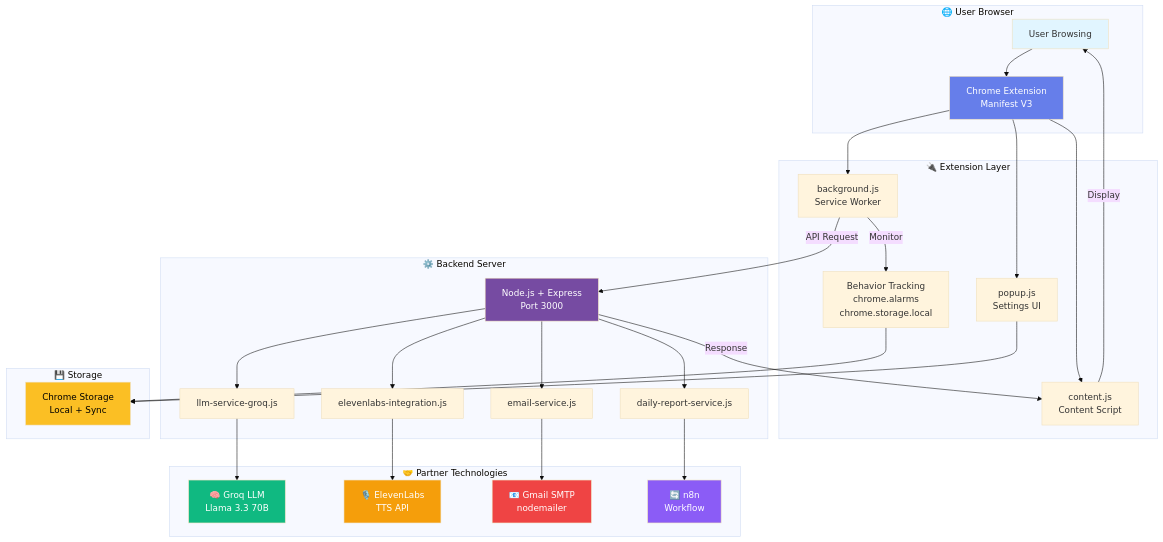
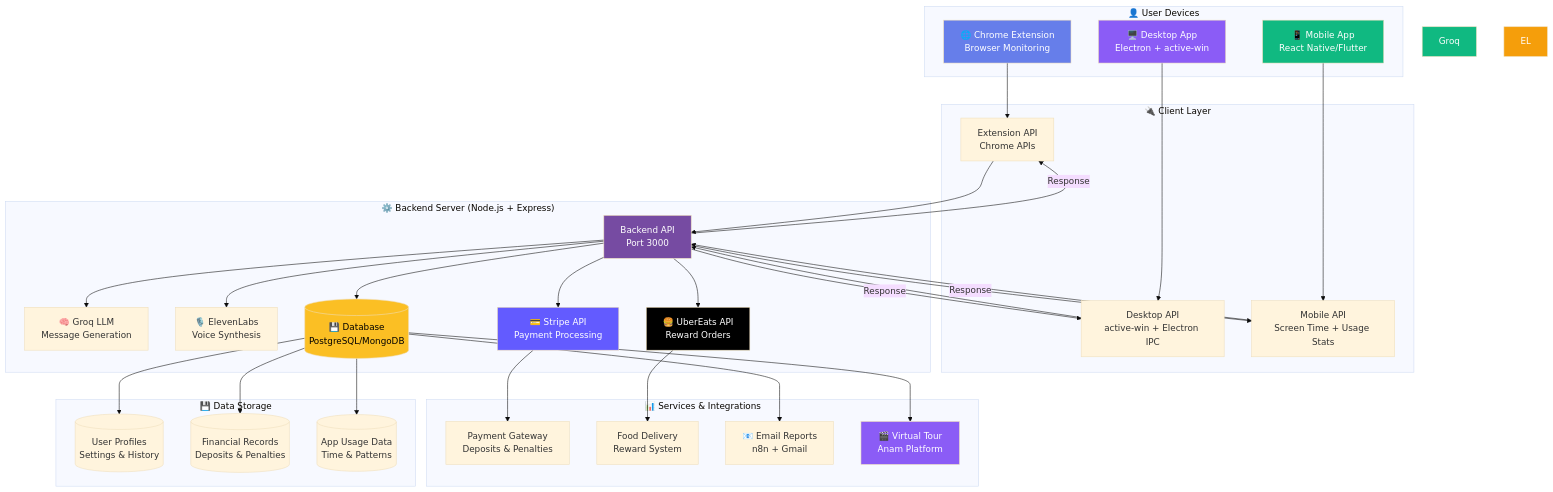
One commit to Jessi0803/Bad_Habit_Breaker changed the first of 2 diagrams in README.md. Above: the diagram before and after it, drawn with Mermaid (base theme). The commit also changed other lines of this file and 1 other file, not shown here.

First line of the commit message:
🏗️ Add extended architecture diagrams

````diff
--- a/README.md
+++ b/README.md
@@ -365,45 +395,54 @@
 ```mermaid
 graph TB
-    subgraph "🌐 User Browser"
-        User[User Browsing] --> Ext[Chrome Extension<br/>Manifest V3]
+    subgraph "👤 User Devices"
+        CE[🌐 Chrome Extension<br/>Browser Monitoring]
+        DA[🖥️ Desktop App<br/>Electron + active-win]
+        MA[📱 Mobile App<br/>React Native/Flutter]
     end
     
-    subgraph "🔌 Extension Layer"
-        Ext --> BG[background.js<br/>Service Worker]
-        Ext --> CS[content.js<br/>Content Script]
-        Ext --> POP[popup.js<br/>Settings UI]
-        BG -->|Monitor| Track[Behavior Tracking<br/>chrome.alarms<br/>chrome.storage.local]
+    subgraph "🔌 Client Layer"
+        CE --> API1[Extension API<br/>Chrome APIs]
+        DA --> API2[Desktop API<br/>active-win + Electron IPC]
+        MA --> API3[Mobile API<br/>Screen Time + Usage Stats]
     end
     
-    subgraph "⚙️ Backend Server"
-        BG -->|API Request| API[Node.js + Express<br/>Port 3000]
-        API --> LLM[llm-service-groq.js]
-        API --> TTS[elevenlabs-integration.js]
-        API --> Report[daily-report-service.js]
-        API --> Email[email-service.js]
+    subgraph "⚙️ Backend Server (Node.js + Express)"
+        API1 --> Backend[Backend API<br/>Port 3000]
+        API2 --> Backend
+        API3 --> Backend
+        
+        Backend --> LLM[🧠 Groq LLM<br/>Message Generation]
+        Backend --> TTS[🎙️ ElevenLabs<br/>Voice Synthesis]
+        Backend --> DB[(💾 Database<br/>PostgreSQL/MongoDB)]
+        Backend --> Stripe[💳 Stripe API<br/>Payment Processing]
+        Backend --> Uber[🍔 UberEats API<br/>Reward Orders]
     end
     
-    subgraph "🤝 Partner Technologies"
-        LLM --> Groq[🧠 Groq LLM<br/>Llama 3.3 70B]
-        TTS --> EL[🎙️ ElevenLabs<br/>TTS API]
-        Email --> Gmail[📧 Gmail SMTP<br/>nodemailer]
-        Report --> n8n[🔄 n8n<br/>Workflow]
+    subgraph "📊 Services & Integrations"
+        Stripe --> Payment[Payment Gateway<br/>Deposits & Penalties]
+        Uber --> Delivery[Food Delivery<br/>Reward System]
+        DB --> Report[📧 Email Reports<br/>n8n + Gmail]
+        DB --> Tour[🎬 Virtual Tour<br/>Anam Platform]
     end
     
-    subgraph "💾 Storage"
-        Track --> Storage[Chrome Storage<br/>Local + Sync]
-        POP --> Storage
+    subgraph "💾 Data Storage"
+        DB --> UserData[(User Profiles<br/>Settings & History)]
+        DB --> Financial[(Financial Records<br/>Deposits & Penalties)]
+        DB --> AppTracking[(App Usage Data<br/>Time & Patterns)]
     end
     
-    API -->|Response| CS
-    CS -->|Display| User
+    Backend -->|Response| API1
+    Backend -->|Response| API2
+    Backend -->|Response| API3
     
-    style User fill:#e1f5ff
-    style Ext fill:#667eea,color:#fff
-    style API fill:#764ba2,color:#fff
+    style CE fill:#667eea,color:#fff
+    style DA fill:#8b5cf6,color:#fff
+    style MA fill:#10b981,color:#fff
+    style Backend fill:#764ba2,color:#fff
+    style Stripe fill:#635bff,color:#fff
+    style Uber fill:#000,color:#fff
+    style DB fill:#fbbf24,color:#000
     style Groq fill:#10b981,color:#fff
     style EL fill:#f59e0b,color:#fff
-    style Gmail fill:#ef4444,color:#fff
-    style n8n fill:#8b5cf6,color:#fff
-    style Storage fill:#fbbf24,color:#000
+    style Tour fill:#8b5cf6,color:#fff
 ```
````
